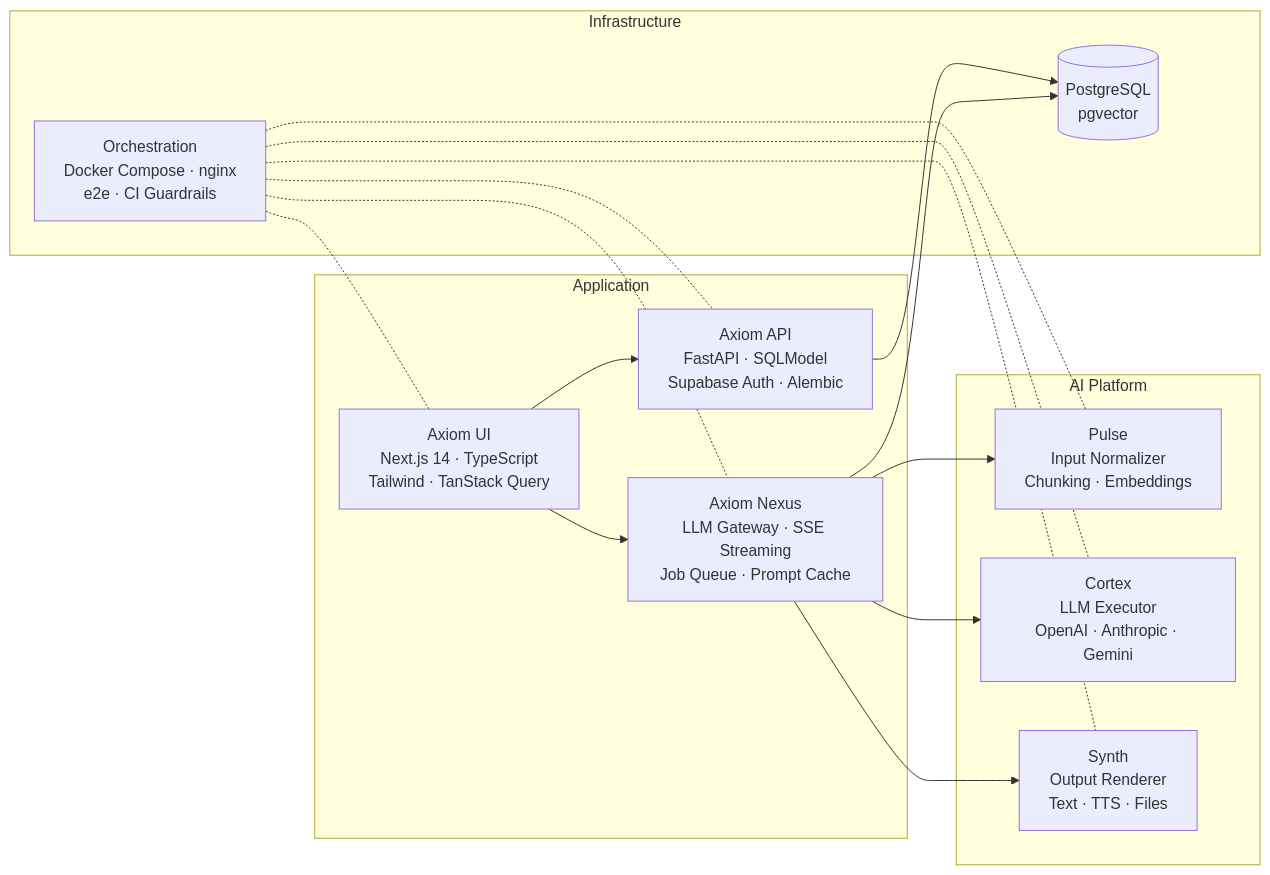
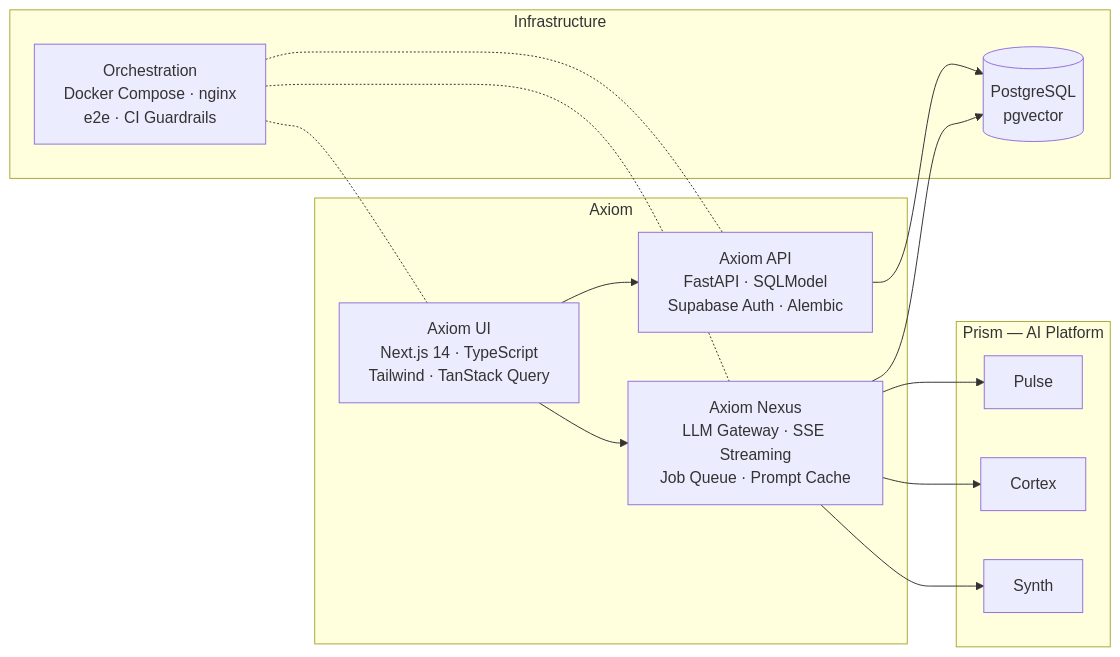
One commit to vsinghal3737/vsinghal3737 changed the second of 3 diagrams in README.md. Above: the diagram before and after it, drawn with Mermaid. The commit also changed other lines of this file, not shown here.

First line of the commit message:
docs: restructure README with Prism, Axiom, and ZitherAi (#1)

````diff
--- a/README.md
+++ b/README.md
@@ -17,28 +35,26 @@
 ```mermaid
 flowchart LR
-    subgraph Application
-        UI["Axiom UI\nNext.js 14 · TypeScript\nTailwind · TanStack Query"]
-        API["Axiom API\nFastAPI · SQLModel\nSupabase Auth · Alembic"]
-        Nexus["Axiom Nexus\nLLM Gateway · SSE Streaming\nJob Queue · Prompt Cache"]
+    subgraph Axiom
+        UI["Axiom UI<br/>Next.js 14 · TypeScript<br/>Tailwind · TanStack Query"]
+        API["Axiom API<br/>FastAPI · SQLModel<br/>Supabase Auth · Alembic"]
+        Nexus["Axiom Nexus<br/>LLM Gateway · SSE Streaming<br/>Job Queue · Prompt Cache"]
     end
 
-    subgraph AI["AI Platform"]
-        Pulse["Pulse\nInput Normalizer\nChunking · Embeddings"]
-        Cortex["Cortex\nLLM Executor\nOpenAI · Anthropic · Gemini"]
-        Synth["Synth\nOutput Renderer\nText · TTS · Files"]
+    subgraph Prism["Prism — AI Platform"]
+        Pulse["Pulse"]
+        Cortex["Cortex"]
+        Synth["Synth"]
     end
 
     subgraph Infra["Infrastructure"]
-        Orch["Orchestration\nDocker Compose · nginx\ne2e · CI Guardrails"]
-        PG[(PostgreSQL\npgvector)]
+        Orch["Orchestration<br/>Docker Compose · nginx<br/>e2e · CI Guardrails"]
+        PG[(PostgreSQL<br/>pgvector)]
     end
 
     UI --> API
     UI --> Nexus
-    Nexus --> Pulse
-    Nexus --> Cortex
-    Nexus --> Synth
+    Nexus --> Pulse & Cortex & Synth
     API --> PG
     Nexus --> PG
-    Orch -.- UI & API & Nexus & Pulse & Cortex & Synth
+    Orch -.- UI & API & Nexus
 ```
````
